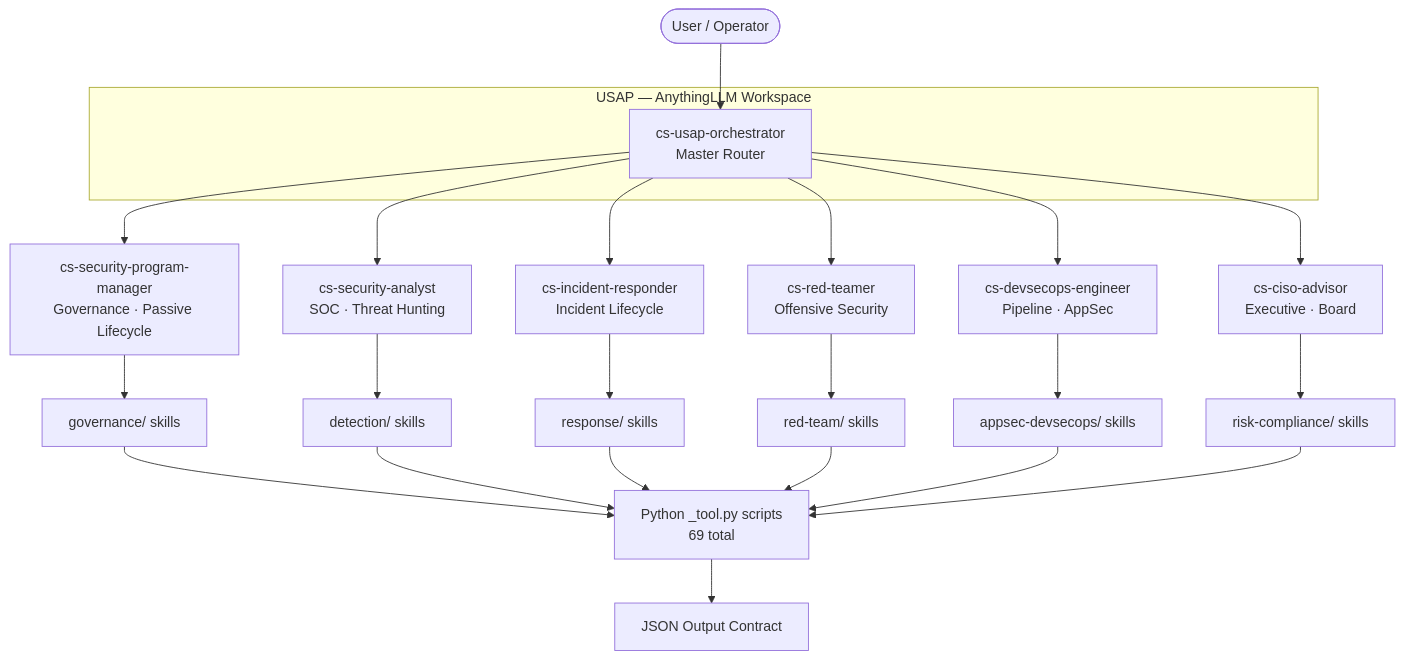
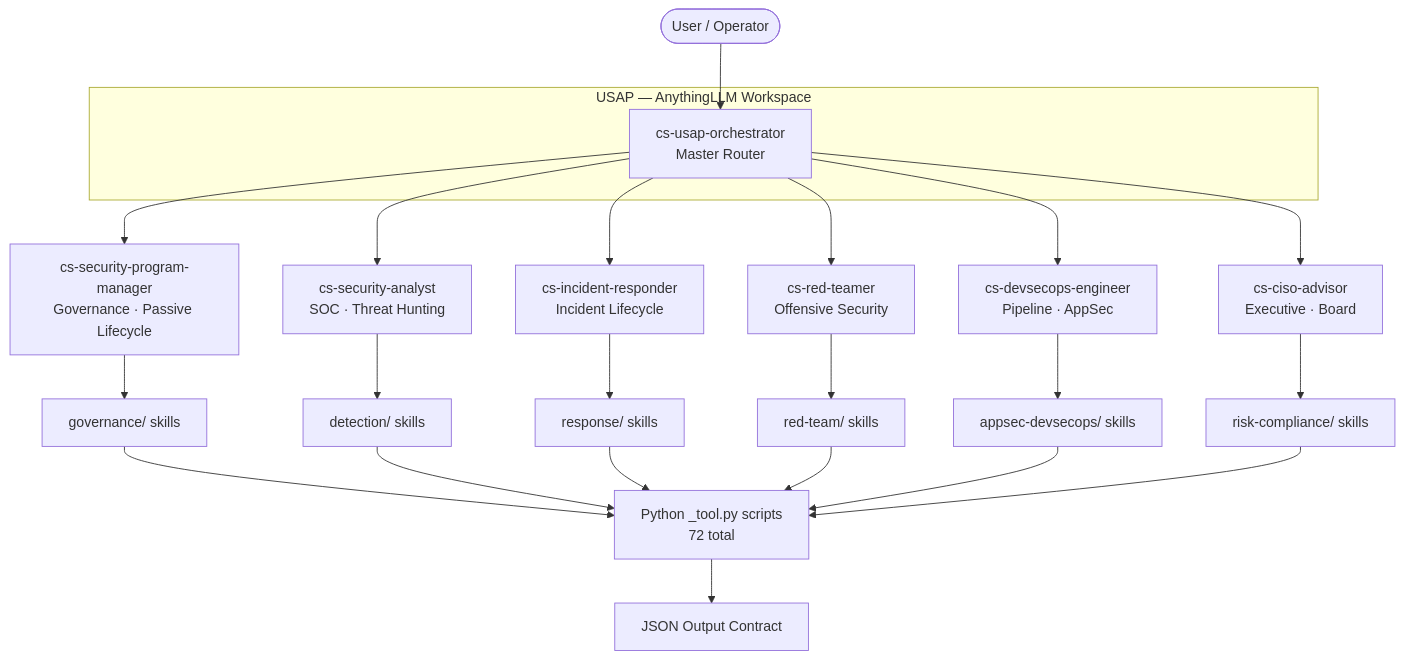
One commit to jaskaranhundal/usap-skills changed the diagram in README.md. Above: the diagram before and after it, drawn with Mermaid. The commit also changed other lines of this file and 30 other files, not shown here.

````diff
--- a/README.md
+++ b/README.md
@@ -250,25 +251,25 @@
 ```mermaid
 graph TB
     User([User / Operator]) --> ORCH
 
     subgraph USAP["USAP — AnythingLLM Workspace"]
         ORCH[cs-usap-orchestrator<br/>Master Router]
     end
 
     ORCH --> PM[cs-security-program-manager<br/>Governance · Passive Lifecycle]
     ORCH --> SA[cs-security-analyst<br/>SOC · Threat Hunting]
     ORCH --> IR[cs-incident-responder<br/>Incident Lifecycle]
     ORCH --> RT[cs-red-teamer<br/>Offensive Security]
     ORCH --> DE[cs-devsecops-engineer<br/>Pipeline · AppSec]
     ORCH --> CA[cs-ciso-advisor<br/>Executive · Board]
 
     PM --> G[governance/ skills]
     SA --> D[detection/ skills]
     IR --> R[response/ skills]
     RT --> T[red-team/ skills]
     DE --> A[appsec-devsecops/ skills]
     CA --> RC[risk-compliance/ skills]
 
-    G & D & R & T & A & RC --> TOOLS[Python _tool.py scripts<br/>69 total]
+    G & D & R & T & A & RC --> TOOLS[Python _tool.py scripts<br/>72 total]
     TOOLS --> OUTPUT[JSON Output Contract]
 ```
````
